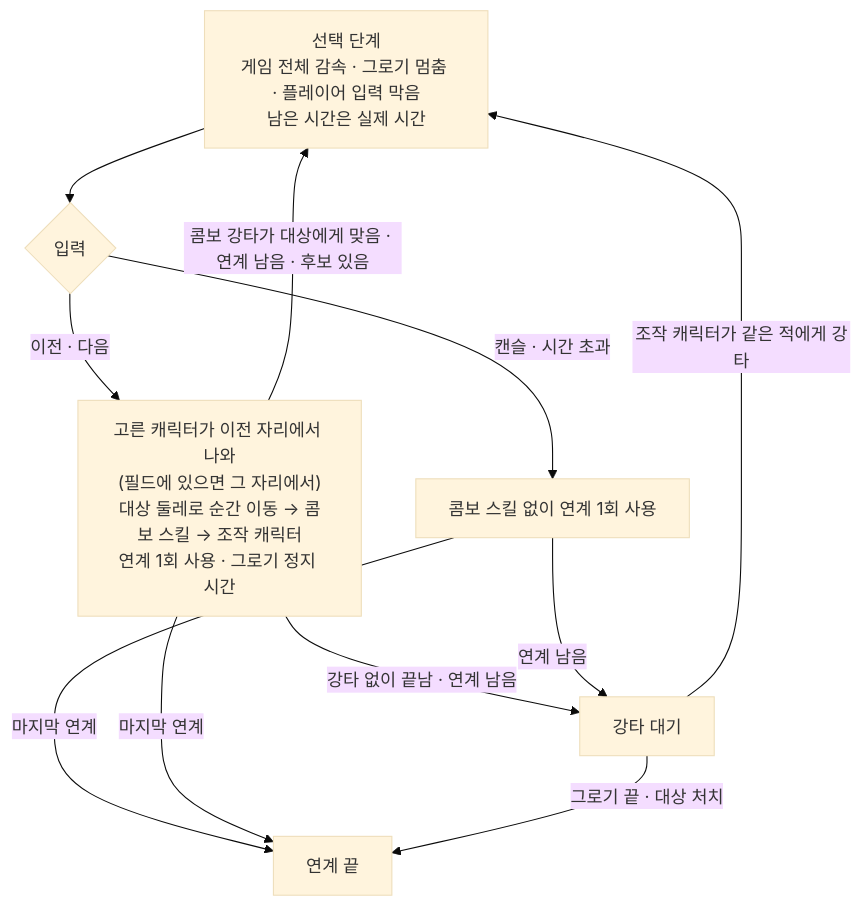
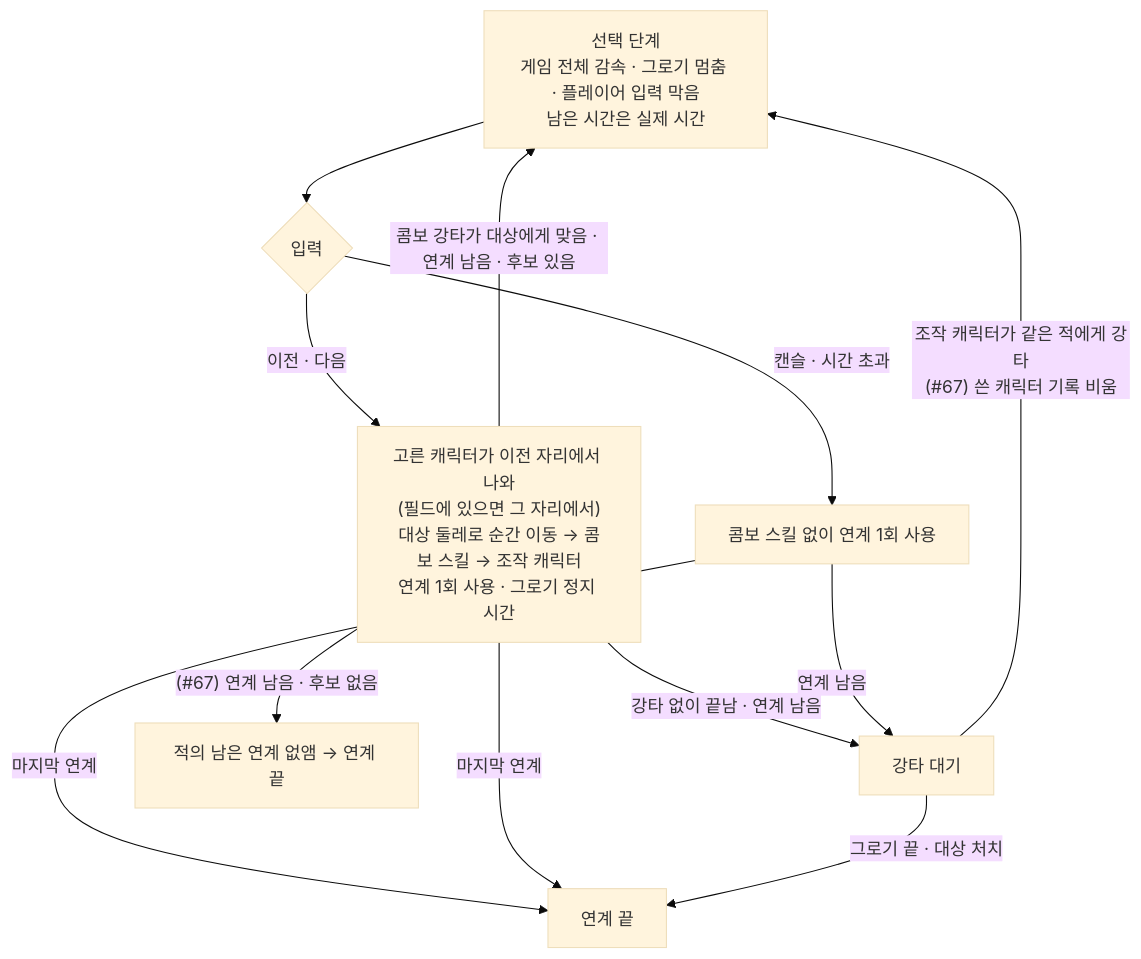
The third of 4 diagrams in Docs/Technical/Player/PlayerComboSkill.md (SquashPrince/Develrocket_mp15_HHH), drawn with Mermaid (base theme) before and after one commit. The commit also changed other lines of this file and 10 other files, not shown here.

````diff
--- a/Docs/Technical/Player/PlayerComboSkill.md
+++ b/Docs/Technical/Player/PlayerComboSkill.md
@@ -82,13 +85,14 @@
 ```mermaid
 flowchart TD
     O["선택 단계<br>게임 전체 감속 · 그로기 멈춤 · 플레이어 입력 막음<br>남은 시간은 실제 시간"] --> S{"입력"}
     S -->|"이전 · 다음"| P["고른 캐릭터가 이전 자리에서 나와<br>(필드에 있으면 그 자리에서)<br>대상 둘레로 순간 이동 → 콤보 스킬 → 조작 캐릭터<br>연계 1회 사용 · 그로기 정지 시간"]
     S -->|"캔슬 · 시간 초과"| X["콤보 스킬 없이 연계 1회 사용"]
     P -->|"콤보 강타가 대상에게 맞음 · 연계 남음 · 후보 있음"| O
     P -->|"강타 없이 끝남 · 연계 남음"| W["강타 대기"]
     X -->|"연계 남음"| W
     X -->|"마지막 연계"| E["연계 끝"]
     P -->|"마지막 연계"| E
-    W -->|"조작 캐릭터가 같은 적에게 강타"| O
+    W -->|"조작 캐릭터가 같은 적에게 강타<br>(#67) 쓴 캐릭터 기록 비움"| O
+    P -->|"(#67) 연계 남음 · 후보 없음"| C["적의 남은 연계 없앰 → 연계 끝"]
     W -->|"그로기 끝 · 대상 처치"| E
 ```
````
